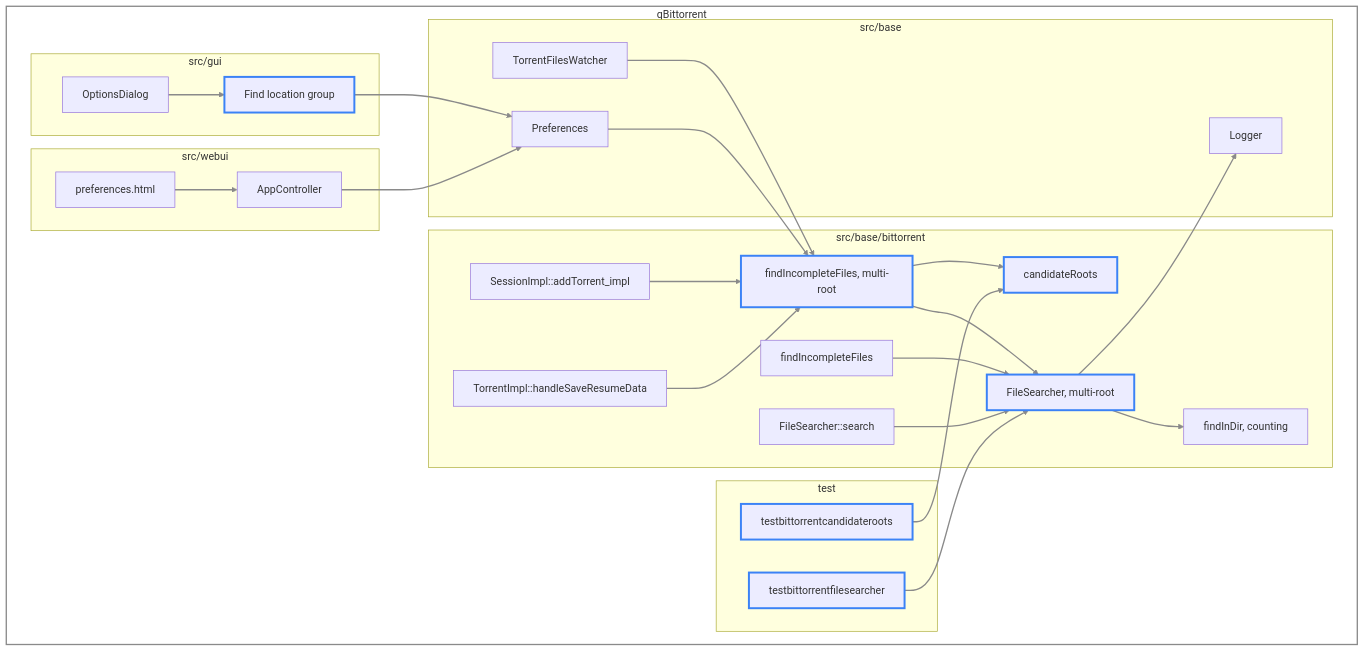
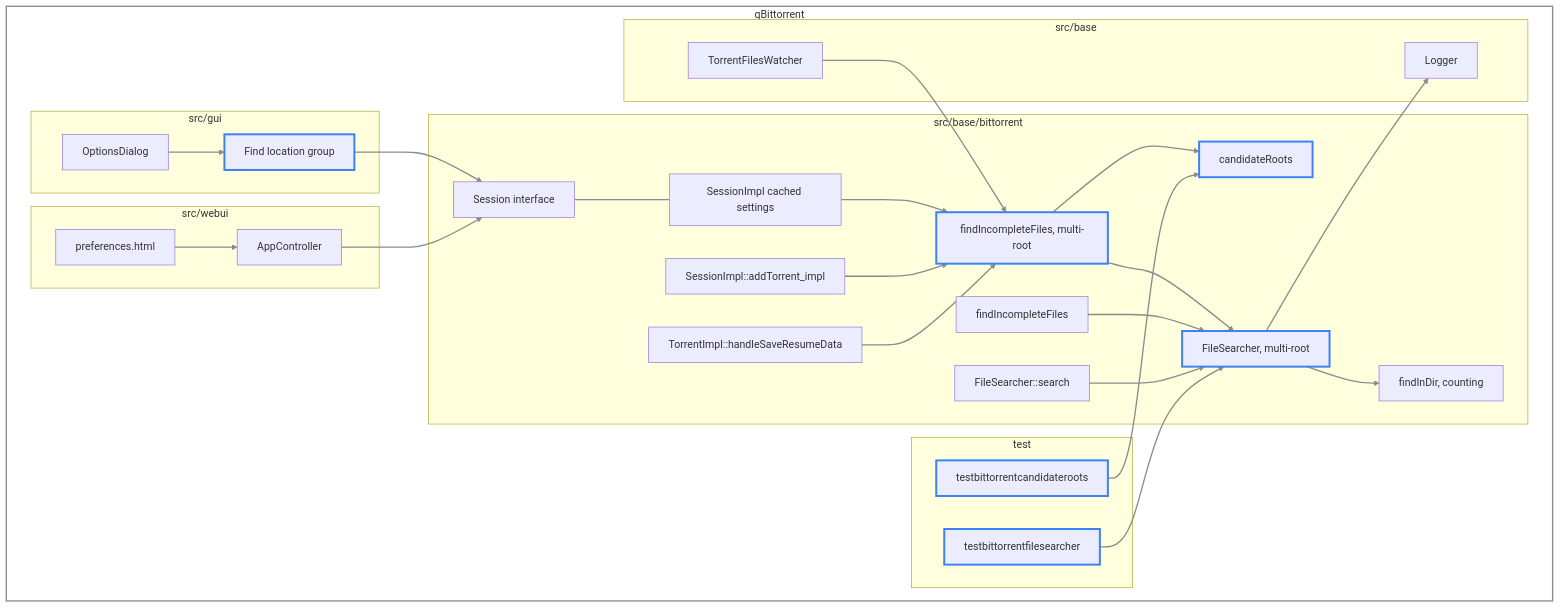
The second of 4 diagrams in doc/en/find-location_system_architecture.md (tsylvester/qBittorrent), drawn with Mermaid before and after one commit. The commit also changed other lines of this file and 8 other files, not shown here.

````diff
--- a/doc/en/find-location_system_architecture.md
+++ b/doc/en/find-location_system_architecture.md
@@ -84,54 +84,56 @@
 ```mermaid
 flowchart TD
     subgraph repo["qBittorrent"]
         subgraph gui["src/gui"]
             OD["OptionsDialog"]
             ODG["Find location group"]
         end
         subgraph web["src/webui"]
             AC["AppController"]
             PH["preferences.html"]
         end
         subgraph base["src/base"]
-            PREF["Preferences"]
             TFW["TorrentFilesWatcher"]
             LOG["Logger"]
         end
         subgraph bt["src/base/bittorrent"]
+            SESS["Session interface"]
             SI["SessionImpl::addTorrent_impl"]
+            SET["SessionImpl cached settings"]
             TI["TorrentImpl::handleSaveResumeData"]
             FIF["findIncompleteFiles"]
             FIFN["findIncompleteFiles, multi-root"]
             CR["candidateRoots"]
             FS["FileSearcher::search"]
             FSN["FileSearcher, multi-root"]
             FID["findInDir, counting"]
         end
         subgraph test["test"]
             T1["testbittorrentfilesearcher"]
             T2["testbittorrentcandidateroots"]
         end
     end
 
     TFW --> FIFN
-    PREF --> FIFN
+    SET --> FIFN
     SI --> FIFN
     TI --> FIFN
     FIFN --> CR
     FIFN --> FSN
     FIF --> FSN
     FS --> FSN
     FSN --> FID
     FSN --> LOG
     OD --> ODG
-    ODG --> PREF
-    AC --> PREF
+    ODG --> SESS
+    AC --> SESS
+    SESS --- SET
     PH --> AC
     T1 --> FSN
     T2 --> CR
 
     linkStyle default stroke:#8a8a8a,stroke-width:2px
     style repo fill:none,stroke:#8a8a8a,stroke-width:2px
     classDef added stroke:#3b82f6,stroke-width:3px
     class ODG,FIFN,CR,FSN,T1,T2 added
 ```
````
